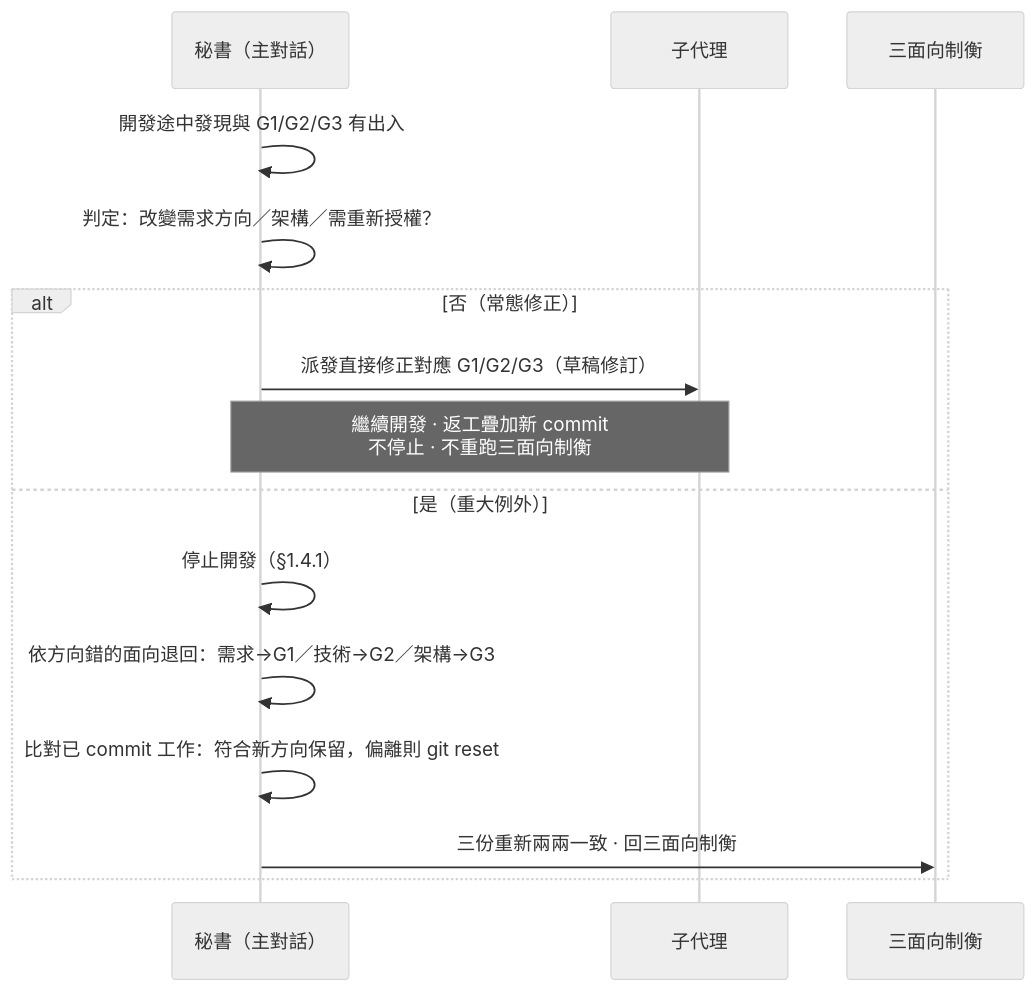
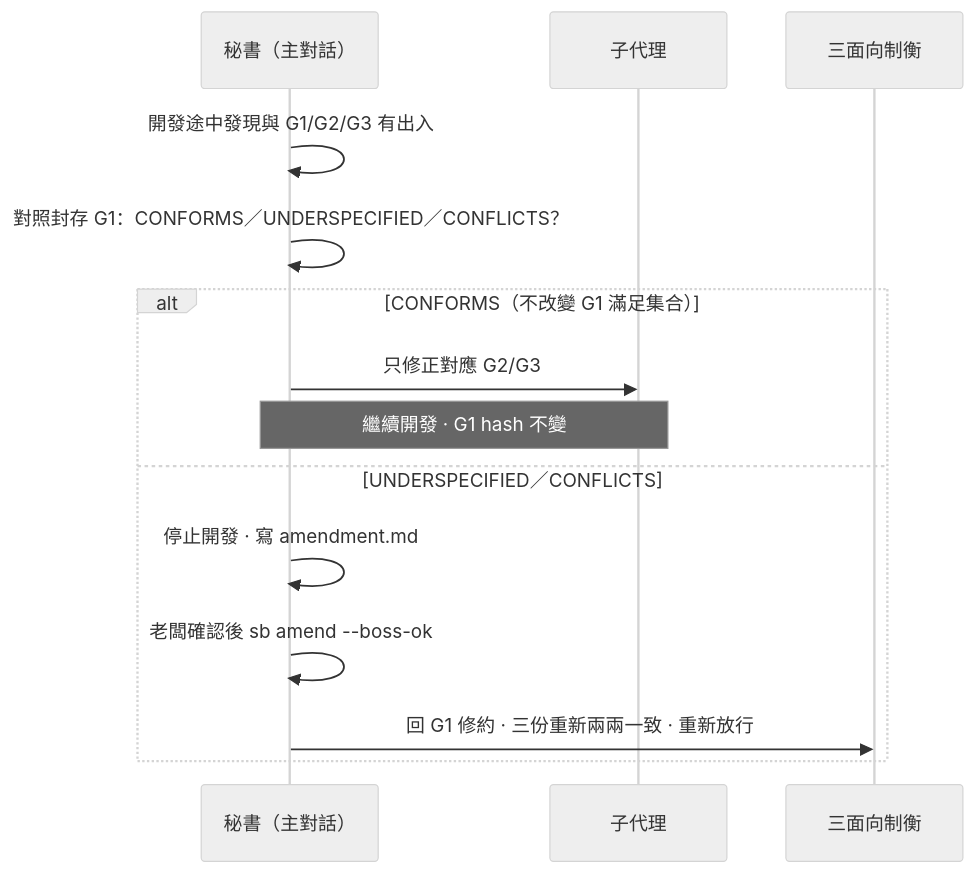
Before and after one commit to teps3105/shiftblame: the second of 8 diagrams in skills/shiftblame/SKILL.md, drawn with Mermaid (neutral theme). The commit also changed other lines of this file and 21 other files, not shown here.

````diff
--- a/skills/shiftblame/SKILL.md
+++ b/skills/shiftblame/SKILL.md
@@ -80,19 +82,18 @@
    ```mermaid
    sequenceDiagram
         participant SEC as 秘書（主對話）
         participant Agent as 子代理
         participant Consult as 三面向制衡
 
         SEC->>SEC: 開發途中發現與 G1/G2/G3 有出入
-        SEC->>SEC: 判定：改變需求方向／架構／需重新授權？
+        SEC->>SEC: 對照封存 G1：CONFORMS／UNDERSPECIFIED／CONFLICTS？
 
-        alt 否（常態修正）
-            SEC->>Agent: 派發直接修正對應 G1/G2/G3（草稿修訂）
-            Note over SEC,Agent: 繼續開發 · 返工疊加新 commit<br/>不停止 · 不重跑三面向制衡
-        else 是（重大例外）
-            SEC->>SEC: 停止開發（§1.4.1）
-            SEC->>SEC: 依方向錯的面向退回：需求→G1／技術→G2／架構→G3
-            SEC->>SEC: 比對已 commit 工作：符合新方向保留，偏離則 git reset
-            SEC->>Consult: 三份重新兩兩一致 · 回三面向制衡
+        alt CONFORMS（不改變 G1 滿足集合）
+            SEC->>Agent: 只修正對應 G2/G3
+            Note over SEC,Agent: 繼續開發 · G1 hash 不變
+        else UNDERSPECIFIED／CONFLICTS
+            SEC->>SEC: 停止開發 · 寫 amendment.md
+            SEC->>SEC: 老闆確認後 sb amend --boss-ok
+            SEC->>Consult: 回 G1 修約 · 三份重新兩兩一致 · 重新放行
         end
    ```
````
